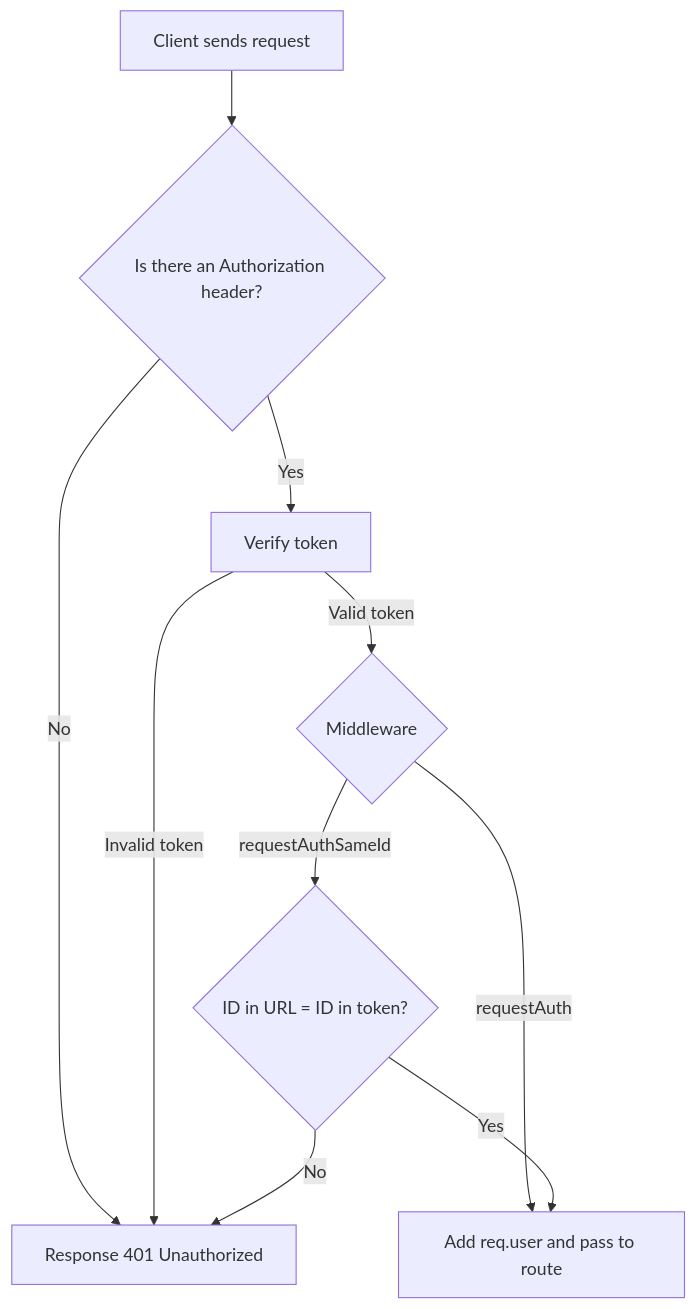
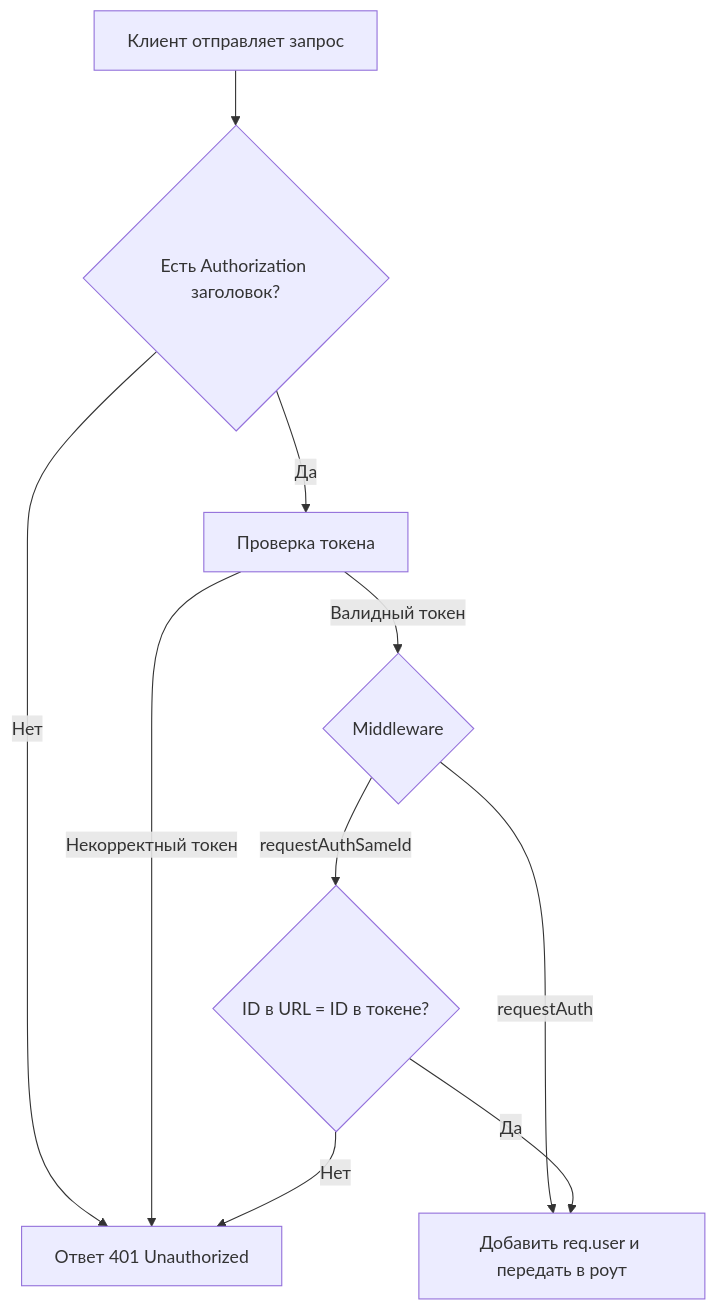
One commit to Tminww/shekshuev.github.io changed the second of 4 diagrams in docs/databases/development/js/postgres.md. Above: the diagram before and after it, drawn with Mermaid. The commit also changed other lines of this file and 45 other files, not shown here.

````diff
--- a/docs/databases/development/js/postgres.md
+++ b/docs/databases/development/js/postgres.md
@@ -2551,14 +2682,14 @@
 ```mermaid
 flowchart TD
-  A[Client sends request] --> B{Is there an Authorization header?}
-  B -- No --> C[Response 401 Unauthorized]
-  B -- Yes --> D[Verify token]
-  D -- Invalid token --> C
-  D -- Valid token --> E{Middleware}
+  A[Клиент отправляет запрос] --> B{Есть Authorization заголовок?}
+  B -- Нет --> C[Ответ 401 Unauthorized]
+  B -- Да --> D[Проверка токена]
+  D -- Некорректный токен --> C
+  D -- Валидный токен --> E{Middleware}
 
-  E -- requestAuth --> F[Add req.user and pass to route]
-  E -- requestAuthSameId --> G{ID in URL = ID in token?}
+  E -- requestAuth --> F[Добавить req.user и передать в роут]
+  E -- requestAuthSameId --> G{ID в URL = ID в токене?}
 
-  G -- No --> C
-  G -- Yes --> F
+  G -- Нет --> C
+  G -- Да --> F
 ```
````
